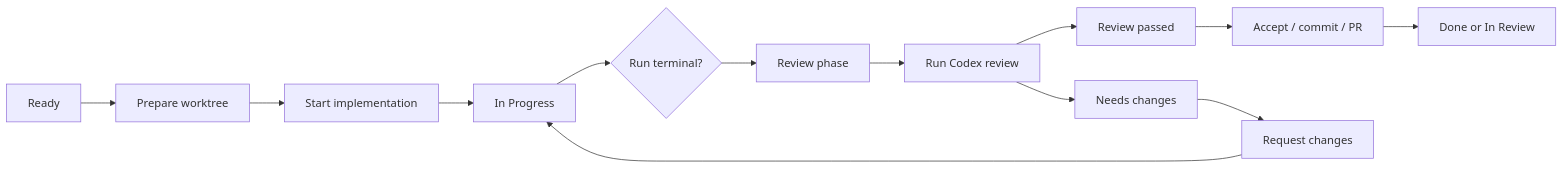
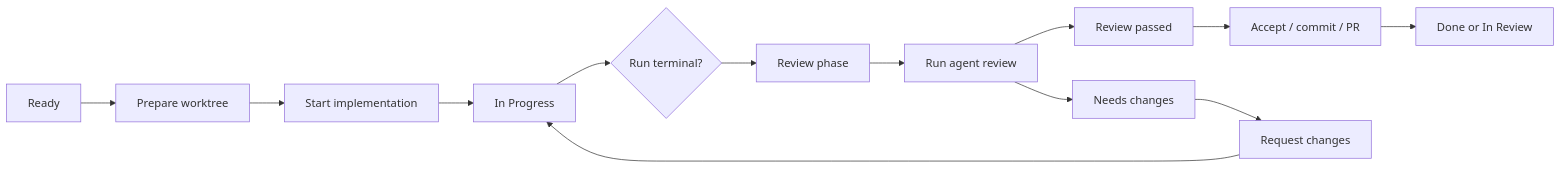
The diagram in docs/PRODUCT_WORKFLOW.md (RojhatToptamus/task-monki), drawn with Mermaid before and after one commit. The commit also changed other lines of this file and 142 other files, not shown here.

````diff
--- a/docs/PRODUCT_WORKFLOW.md
+++ b/docs/PRODUCT_WORKFLOW.md
@@ -157,15 +163,15 @@
 ```mermaid
 flowchart LR
   Ready["Ready"] --> Prepare["Prepare worktree"]
   Prepare --> Start["Start implementation"]
   Start --> Progress["In Progress"]
   Progress --> Terminal{"Run terminal?"}
   Terminal --> Review["Review phase"]
-  Review --> Gate["Run Codex review"]
+  Review --> Gate["Run agent review"]
   Gate --> Passed["Review passed"]
   Gate --> Changes["Needs changes"]
   Changes --> FollowUp["Request changes"]
   FollowUp --> Progress
   Passed --> Accept["Accept / commit / PR"]
   Accept --> Done["Done or In Review"]
 ```
````
